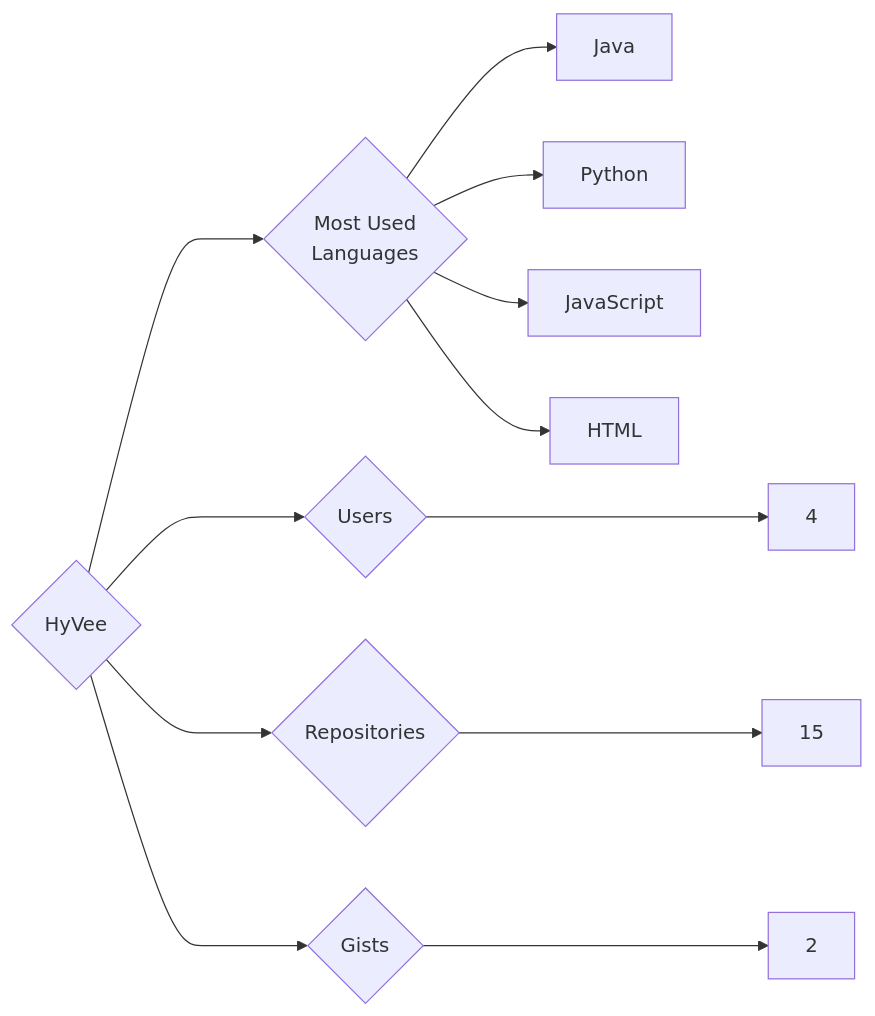
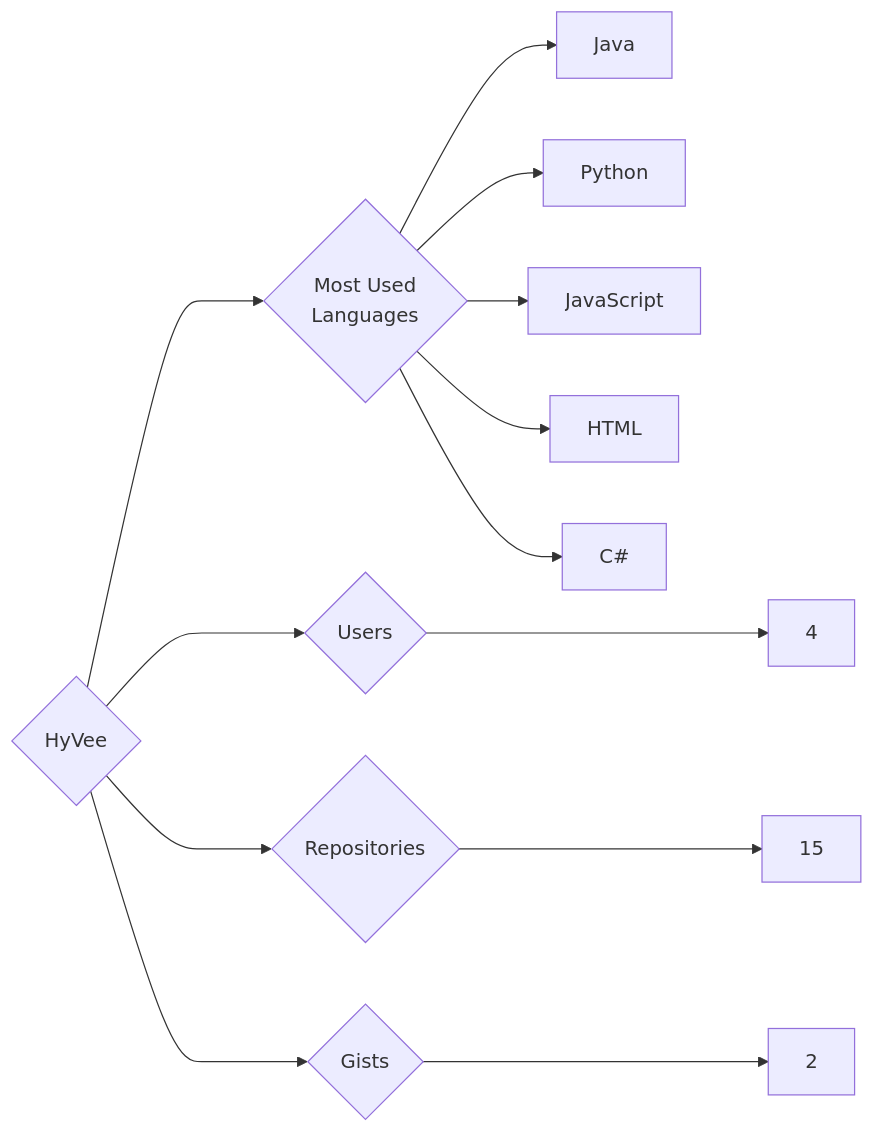
One commit to trickest/insiders changed the diagram in targets/HyVee/README.md. Above: the diagram before and after it, drawn with Mermaid. The commit also changed 1007 other files, not shown here.

````diff
--- a/targets/HyVee/README.md
+++ b/targets/HyVee/README.md
@@ -3,12 +3,13 @@
 ```mermaid
 graph LR
 COMPANY_NAME{HyVee}
 COMPANY_NAME ---> U{Users} ---> UN[4]
 COMPANY_NAME ---> R{Repositories} ---> RN[15]
 COMPANY_NAME ---> G{Gists} ---> GN[2]
 COMPANY_NAME ---> ML{Most Used<br>Languages}
 ML --> Java[Java]
 ML --> Python[Python]
 ML --> JavaScript[JavaScript]
 ML --> HTML[HTML]
+ML --> C#[C#]
 ```
````
